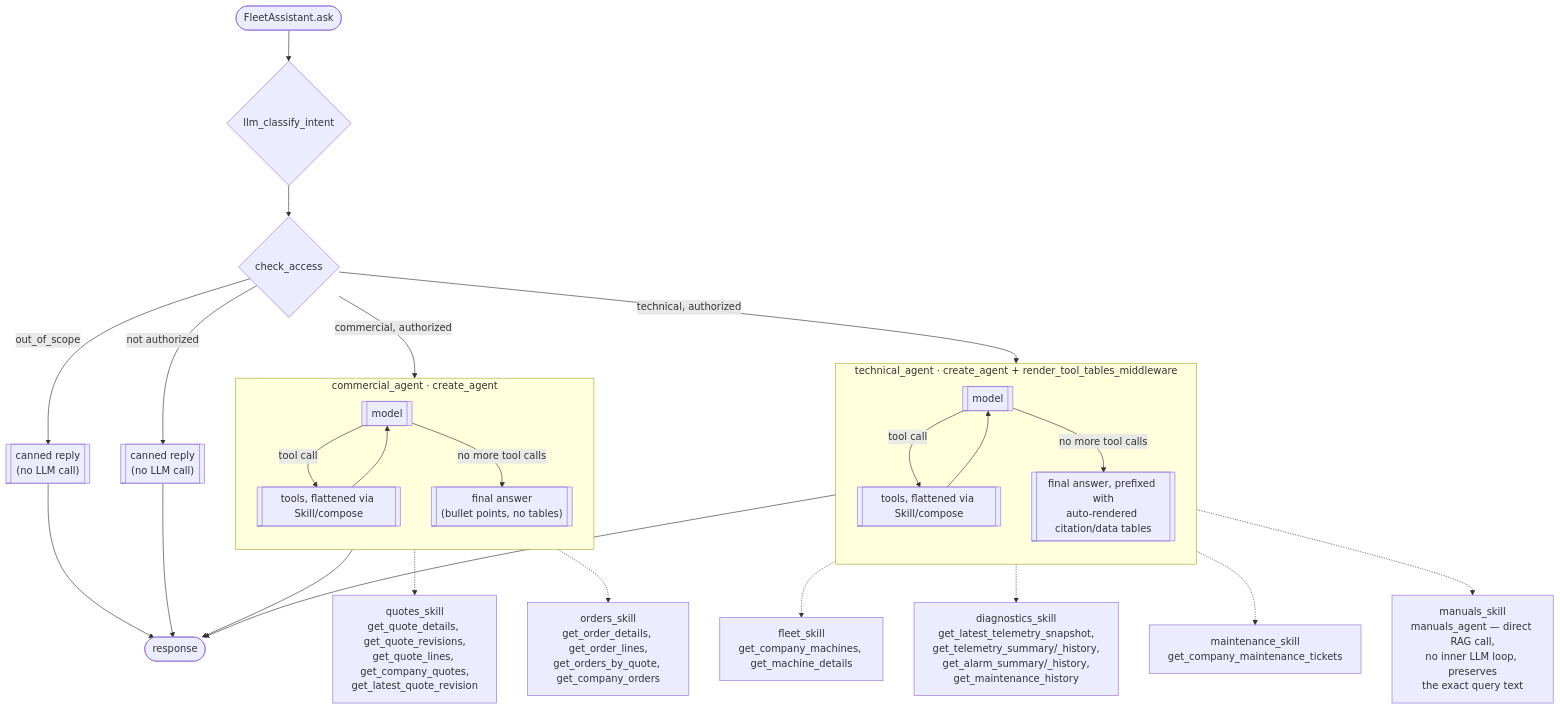
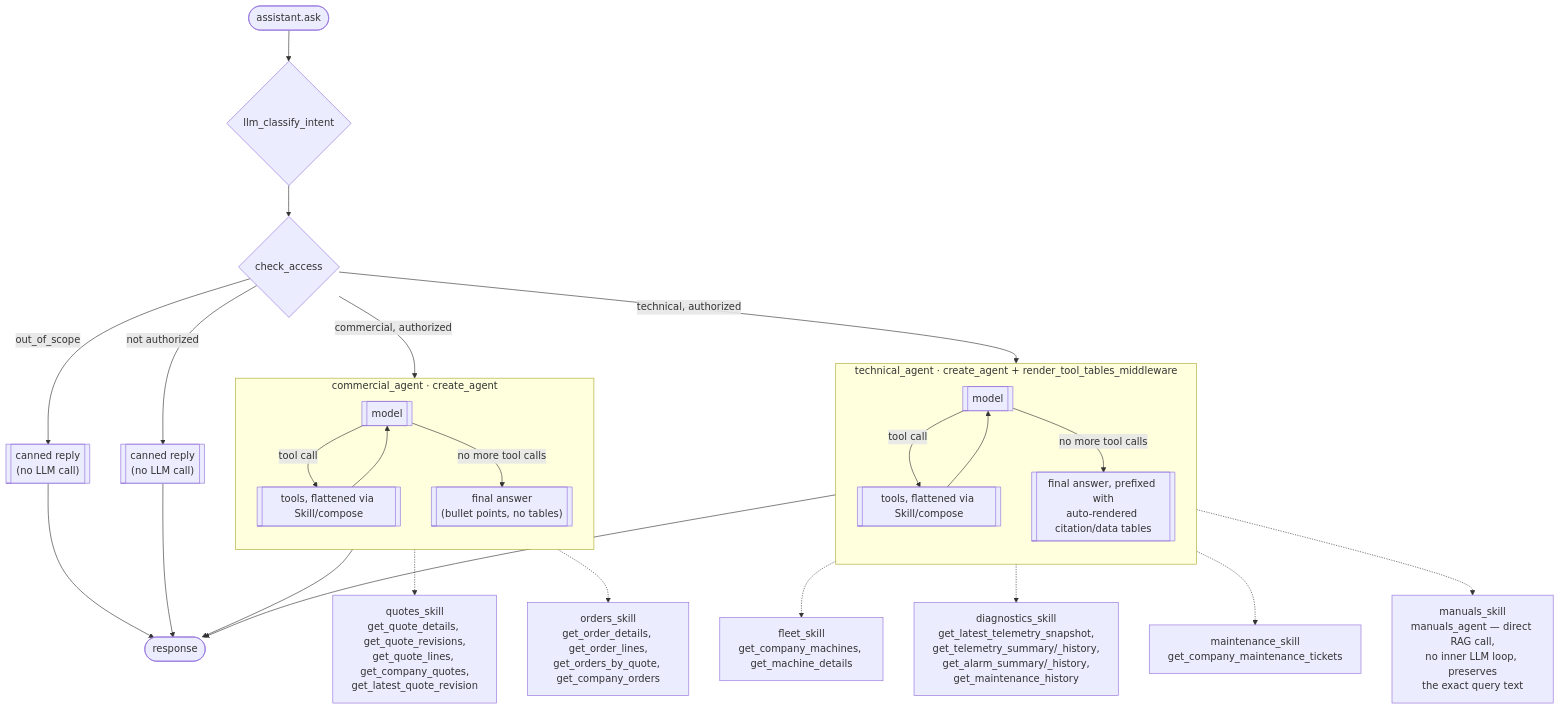
One commit to SDP-group6-Q2/ai-orchestrator changed the diagram in docs/README.md. Above: the diagram before and after it, drawn with Mermaid. The commit also changed other lines of this file and 16 other files, not shown here.

````diff
--- a/docs/README.md
+++ b/docs/README.md
@@ -43,37 +43,37 @@
 ```mermaid
 flowchart TD
-    Start([FleetAssistant.ask]) --> Router{llm_classify_intent}
+    Start([assistant.ask]) --> Router{llm_classify_intent}
     Router --> CheckAccess{check_access}
 
     CheckAccess -->|technical, authorized| Technical
     CheckAccess -->|commercial, authorized| Commercial
     CheckAccess -->|out_of_scope| OutOfScope[["canned reply\n(no LLM call)"]]
     CheckAccess -->|not authorized| AccessDenied[["canned reply\n(no LLM call)"]]
 
     subgraph Technical["technical_agent · create_agent + render_tool_tables_middleware"]
         direction TB
         TechModel[[model]] -->|tool call| TechTools[[tools, flattened via Skill/compose]]
         TechTools --> TechModel
         TechModel -->|no more tool calls| TechAnswer[[final answer, prefixed with\nauto-rendered citation/data tables]]
     end
 
     TechTools -.-> FleetSkill["fleet_skill\nget_company_machines, get_machine_details"]
     TechTools -.-> DiagSkill["diagnostics_skill\nget_latest_telemetry_snapshot,\nget_telemetry_summary/_history,\nget_alarm_summary/_history,\nget_maintenance_history"]
     TechTools -.-> MaintSkill["maintenance_skill\nget_company_maintenance_tickets"]
     TechTools -.-> ManualsSkill["manuals_skill\nmanuals_agent — direct RAG call,\nno inner LLM loop, preserves\nthe exact query text"]
 
     subgraph Commercial["commercial_agent · create_agent"]
         direction TB
         CommModel[[model]] -->|tool call| CommTools[[tools, flattened via Skill/compose]]
         CommTools --> CommModel
         CommModel -->|no more tool calls| CommAnswer[["final answer\n(bullet points, no tables)"]]
     end
 
     CommTools -.-> QuotesSkill["quotes_skill\nget_quote_details, get_quote_revisions,\nget_quote_lines, get_company_quotes,\nget_latest_quote_revision"]
     CommTools -.-> OrdersSkill["orders_skill\nget_order_details, get_order_lines,\nget_orders_by_quote, get_company_orders"]
 
     TechAnswer --> End([response])
     CommAnswer --> End
     OutOfScope --> End
     AccessDenied --> End
 ```
````
